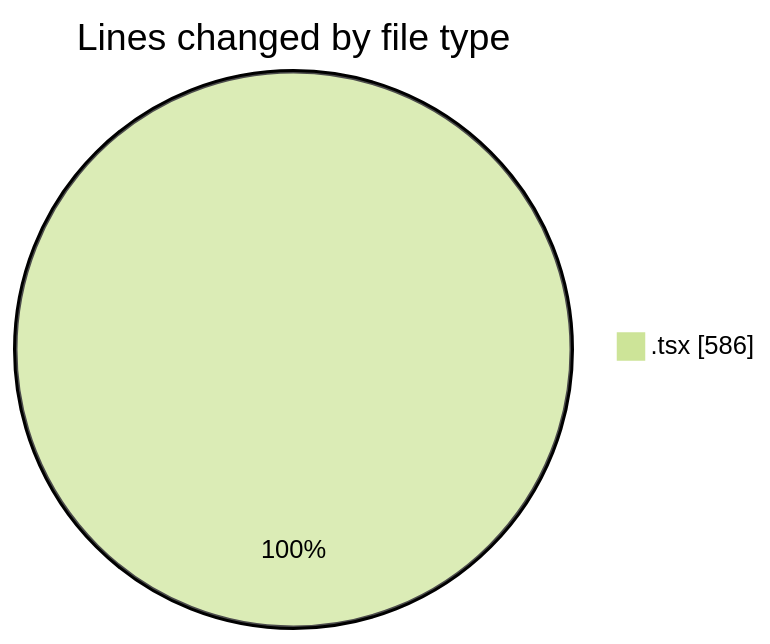
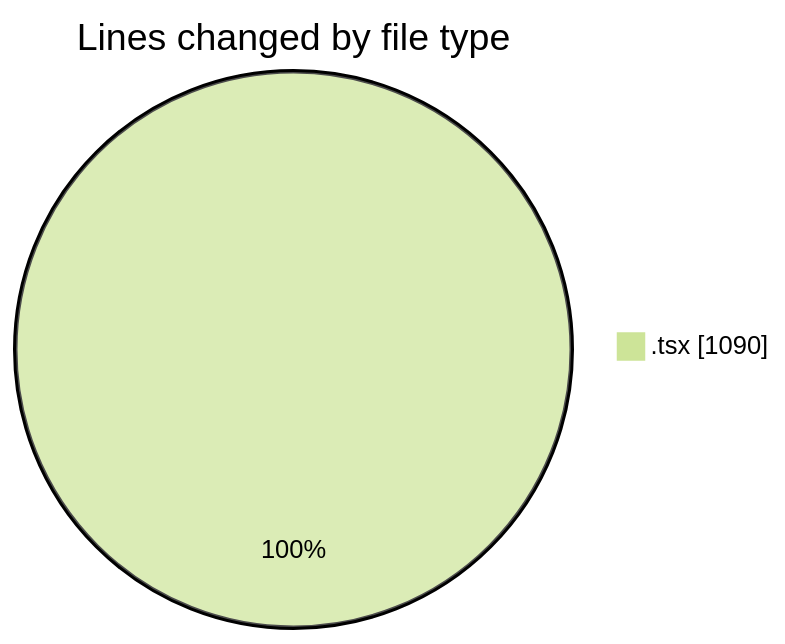
One commit to nxtqubesakshisongat/code-tracking changed the first of 2 diagrams in 2026-07-10/nxtqube_webapp/README.md. Above: the diagram before and after it, drawn with Mermaid (forest theme). The commit also changed other lines of this file and 1 other file, not shown here.

````diff
--- a/2026-07-10/nxtqube_webapp/README.md
+++ b/2026-07-10/nxtqube_webapp/README.md
@@ -23,5 +24,5 @@
 ```mermaid
 pie showData
 title Lines changed by file type
-".tsx" : 586
+".tsx" : 1090
 ```
````
